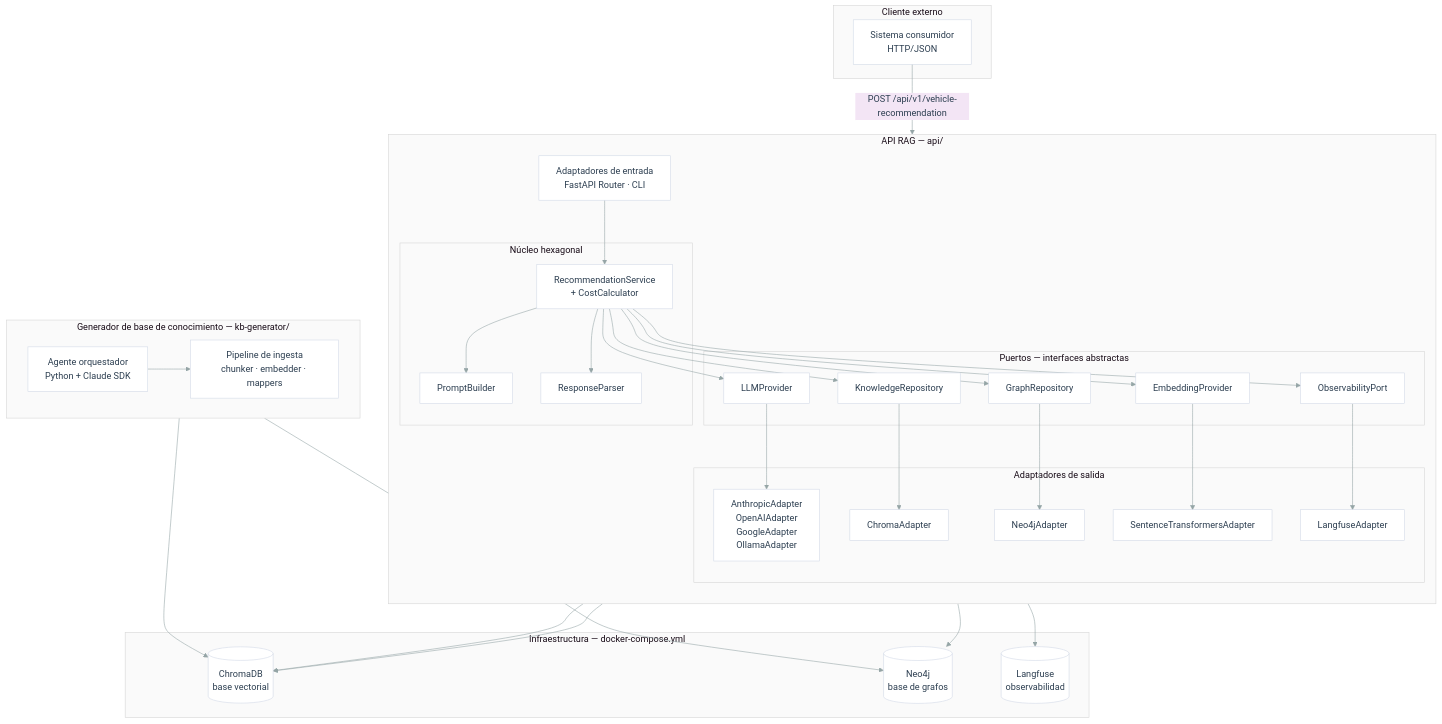
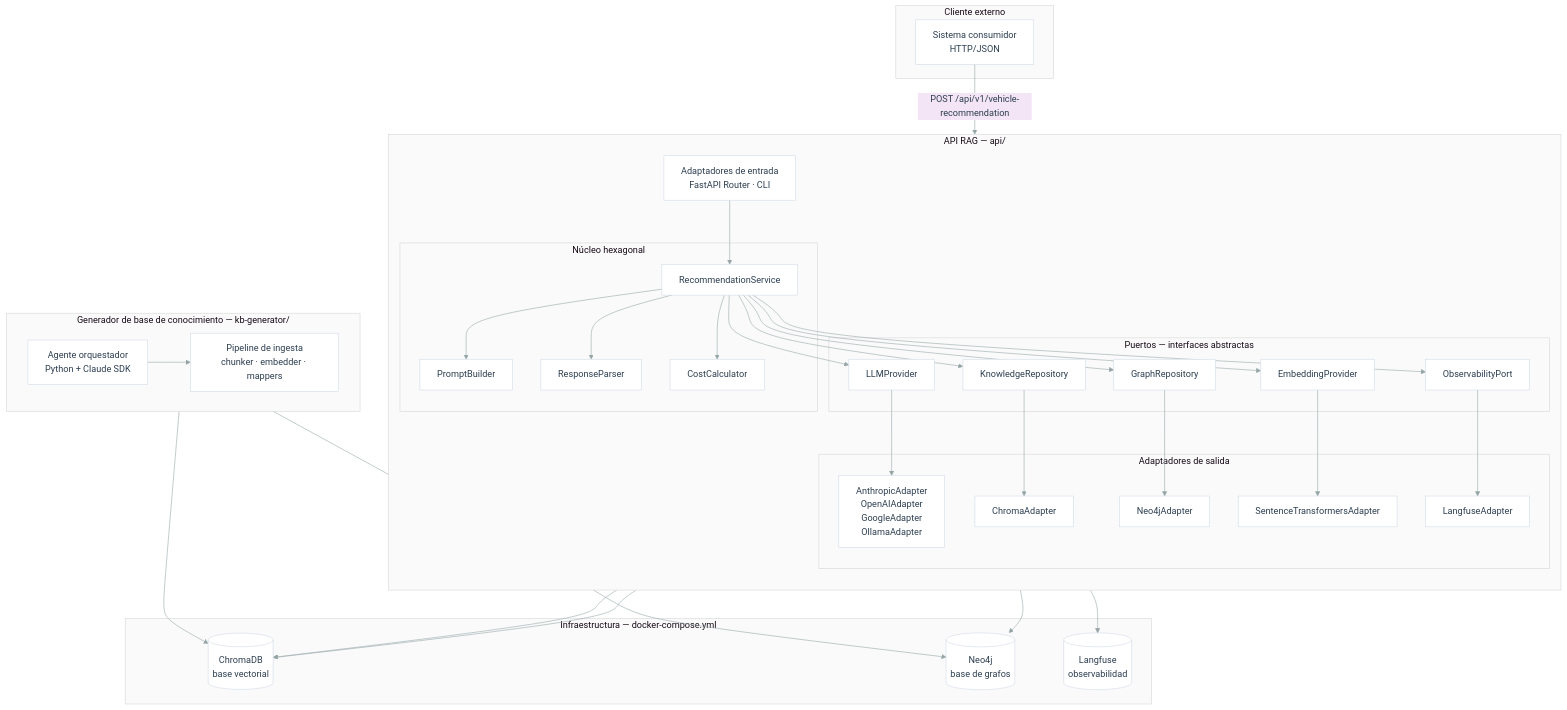
Before and after one commit to elizabethtrch/ST1701_dis-rag-vehicle-selection: the first of 3 diagrams in docs/entrega_2/entrega_final_disenio_y_analisis.md, drawn with Mermaid. The commit also changed other lines of this file, not shown here.

````diff
--- a/docs/entrega_2/entrega_final_disenio_y_analisis.md
+++ b/docs/entrega_2/entrega_final_disenio_y_analisis.md
@@ -78,72 +78,73 @@
 ```mermaid
 %%{init: {
   'theme': 'base',
   'themeVariables': {
     'primaryColor': '#e1f5fe',
     'primaryTextColor': '#2c3e50',
     'primaryBorderColor': '#b3e5fc',
     'lineColor': '#95a5a6',
     'secondaryColor': '#f3e5f5',
     'tertiaryColor': '#e8f5e9',
     'mainBkg': '#ffffff',
     'nodeBorder': '#d1d9e6',
     'clusterBkg': '#fafafa'
   }
 }}%%
 graph TB
     subgraph cliente["Cliente externo"]
         C[Sistema consumidor<br>HTTP/JSON]
     end
 
     subgraph api["API RAG  —  api/"]
         direction TB
         AE[Adaptadores de entrada<br>FastAPI Router · CLI]
         subgraph nucleo["Núcleo hexagonal"]
-            RS[RecommendationService<br>+ CostCalculator]
+            RS[RecommendationService]
             PB[PromptBuilder]
             RP[ResponseParser]
+            CC[CostCalculator]
         end
         subgraph puertos["Puertos — interfaces abstractas"]
             PK[KnowledgeRepository]
             PG[GraphRepository]
             PL[LLMProvider]
             PE[EmbeddingProvider]
             PO[ObservabilityPort]
         end
         subgraph adaptadores["Adaptadores de salida"]
             ALLM[AnthropicAdapter<br>OpenAIAdapter<br>GoogleAdapter<br>OllamaAdapter]
             AKV[ChromaAdapter]
             AEM[SentenceTransformersAdapter]
             AGR[Neo4jAdapter]
             AOB[LangfuseAdapter]
         end
     end
 
     subgraph kb["Generador de base de conocimiento  —  kb-generator/"]
         direction LR
         AGENT[Agente orquestador<br>Python + Claude SDK]
         PIPE[Pipeline de ingesta<br>chunker · embedder · mappers]
     end
 
     subgraph infra["Infraestructura  —  docker-compose.yml"]
         CHROMA[(ChromaDB<br>base vectorial)]
         NEO[(Neo4j<br>base de grafos)]
         LANGFUSE[(Langfuse<br>observabilidad)]
     end
 
     C -->|"POST /api/v1/vehicle-recommendation"| AE
     AE --> RS
-    RS --> PB & RP
+    RS --> PB & RP & CC
     RS --> PK & PG & PL & PE & PO
     PK --> AKV
     PG --> AGR
     PL --> ALLM
     PE --> AEM
     PO --> AOB
     AKV & AEM --> CHROMA
     AGR --> NEO
     AOB --> LANGFUSE
     AGENT --> PIPE
     PIPE --> CHROMA
     PIPE --> NEO
 ```
````
